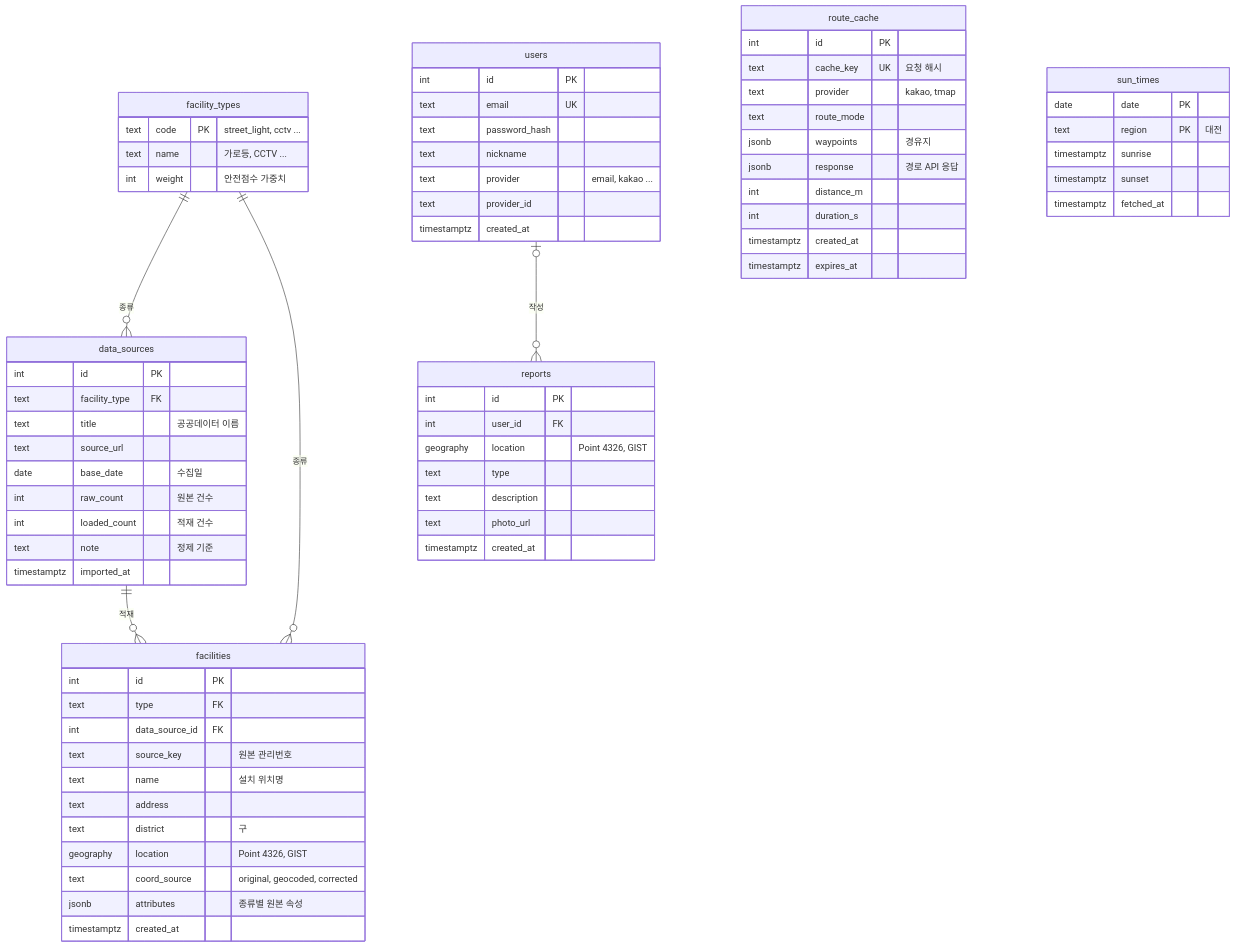
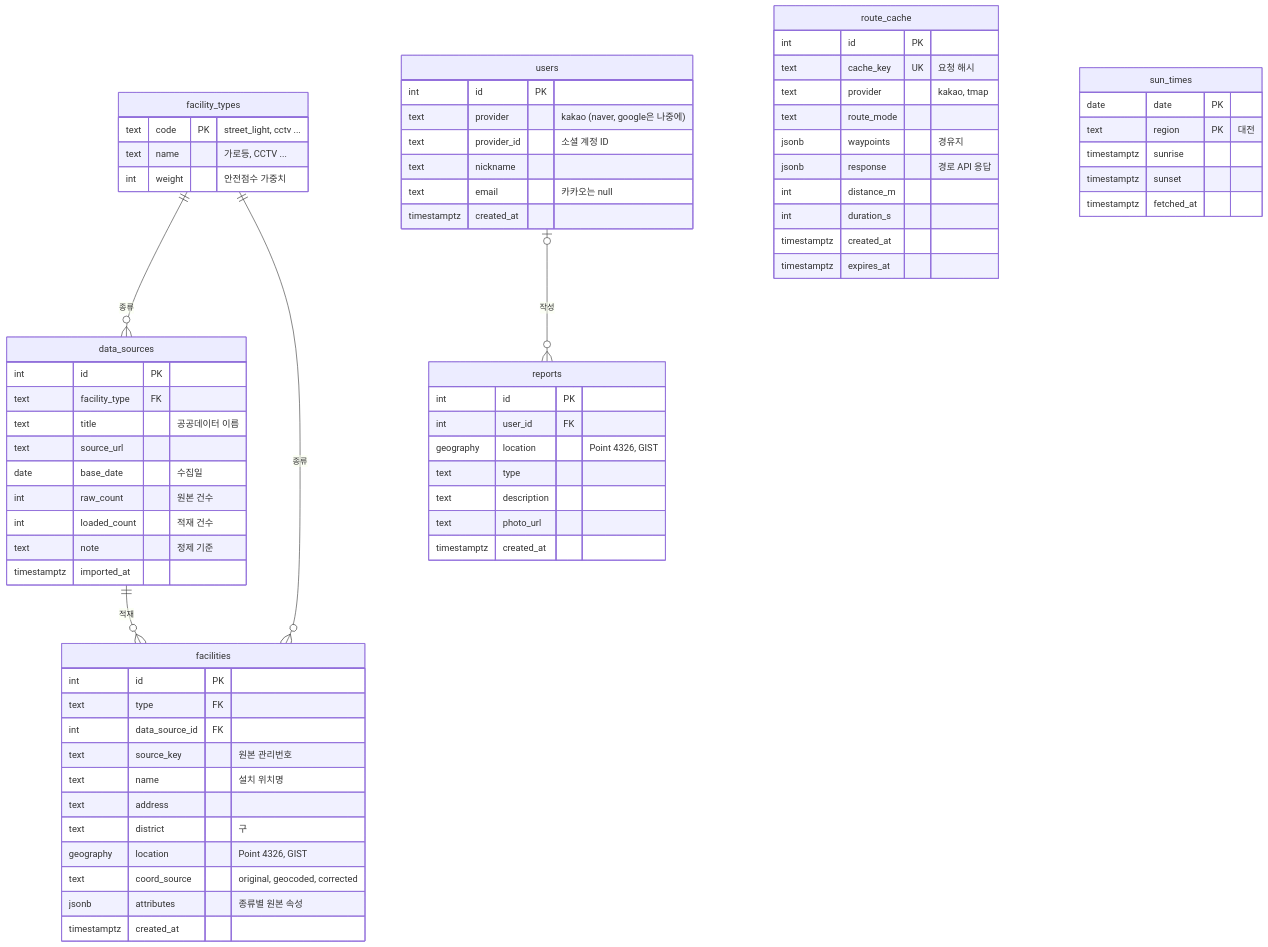
The diagram in docs/ERD.md (wjxor/deungdae), drawn with Mermaid before and after one commit. The commit also changed other lines of this file and 35 other files, not shown here.

````diff
--- a/docs/ERD.md
+++ b/docs/ERD.md
@@ -10,74 +10,73 @@
 ```mermaid
 erDiagram
     facility_types ||--o{ data_sources : "종류"
     facility_types ||--o{ facilities : "종류"
     data_sources ||--o{ facilities : "적재"
     users |o--o{ reports : "작성"
 
     facility_types {
         text code PK "street_light, cctv ..."
         text name "가로등, CCTV ..."
         int weight "안전점수 가중치"
     }
     data_sources {
         int id PK
         text facility_type FK
         text title "공공데이터 이름"
         text source_url
         date base_date "수집일"
         int raw_count "원본 건수"
         int loaded_count "적재 건수"
         text note "정제 기준"
         timestamptz imported_at
     }
     facilities {
         int id PK
         text type FK
         int data_source_id FK
         text source_key "원본 관리번호"
         text name "설치 위치명"
         text address
         text district "구"
         geography location "Point 4326, GIST"
         text coord_source "original, geocoded, corrected"
         jsonb attributes "종류별 원본 속성"
         timestamptz created_at
     }
     route_cache {
         int id PK
         text cache_key UK "요청 해시"
         text provider "kakao, tmap"
         text route_mode
         jsonb waypoints "경유지"
         jsonb response "경로 API 응답"
         int distance_m
         int duration_s
         timestamptz created_at
         timestamptz expires_at
     }
     sun_times {
         date date PK
         text region PK "대전"
         timestamptz sunrise
         timestamptz sunset
         timestamptz fetched_at
     }
     users {
         int id PK
-        text email UK
-        text password_hash
+        text provider "kakao (naver, google은 나중에)"
+        text provider_id "소셜 계정 ID"
         text nickname
-        text provider "email, kakao ..."
-        text provider_id
+        text email "카카오는 null"
         timestamptz created_at
     }
     reports {
         int id PK
         int user_id FK
         geography location "Point 4326, GIST"
         text type
         text description
         text photo_url
         timestamptz created_at
     }
 ```
````
